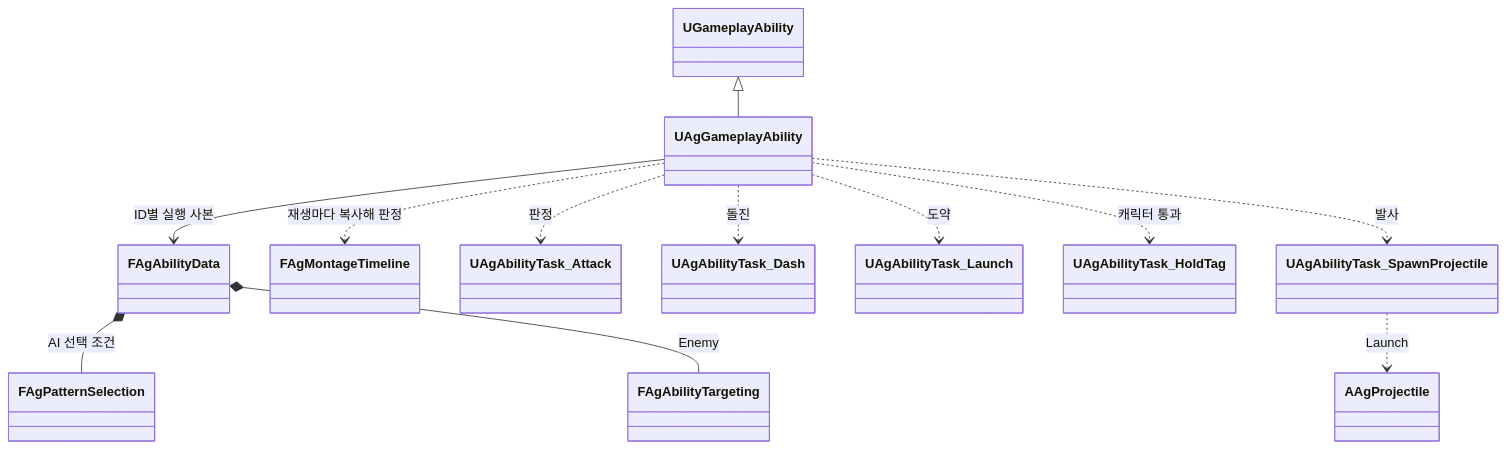
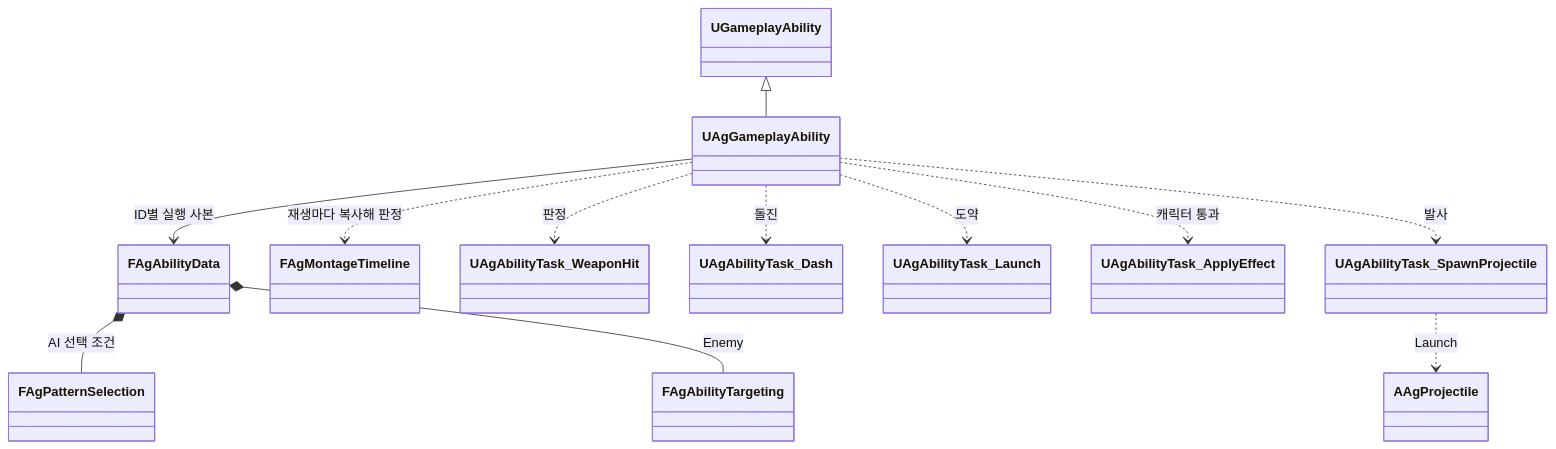
The second of 3 diagrams in Docs/Program/보스.md (Woogl/Ag), drawn with Mermaid before and after one commit. The commit also changed other lines of this file and 146 other files, not shown here.

Commit message:
구현: 전투 Task와 GameplayEffect 구조 정리 및 연출·문서 갱신

````diff
--- a/Docs/Program/보스.md
+++ b/Docs/Program/보스.md
@@ -83,14 +83,14 @@
 ```mermaid
 classDiagram
     UGameplayAbility <|-- UAgGameplayAbility
     UAgGameplayAbility --> FAgAbilityData : ID별 실행 사본
     FAgAbilityData *-- FAgPatternSelection : AI 선택 조건
     FAgAbilityData *-- FAgAbilityTargeting : Enemy
     UAgGameplayAbility ..> FAgMontageTimeline : 재생마다 복사해 판정
-    UAgGameplayAbility ..> UAgAbilityTask_Attack : 판정
+    UAgGameplayAbility ..> UAgAbilityTask_WeaponHit : 판정
     UAgGameplayAbility ..> UAgAbilityTask_Dash : 돌진
     UAgGameplayAbility ..> UAgAbilityTask_Launch : 도약
-    UAgGameplayAbility ..> UAgAbilityTask_HoldTag : 캐릭터 통과
+    UAgGameplayAbility ..> UAgAbilityTask_ApplyEffect : 캐릭터 통과
     UAgGameplayAbility ..> UAgAbilityTask_SpawnProjectile : 발사
     UAgAbilityTask_SpawnProjectile ..> AAgProjectile : Launch
 ```
````
